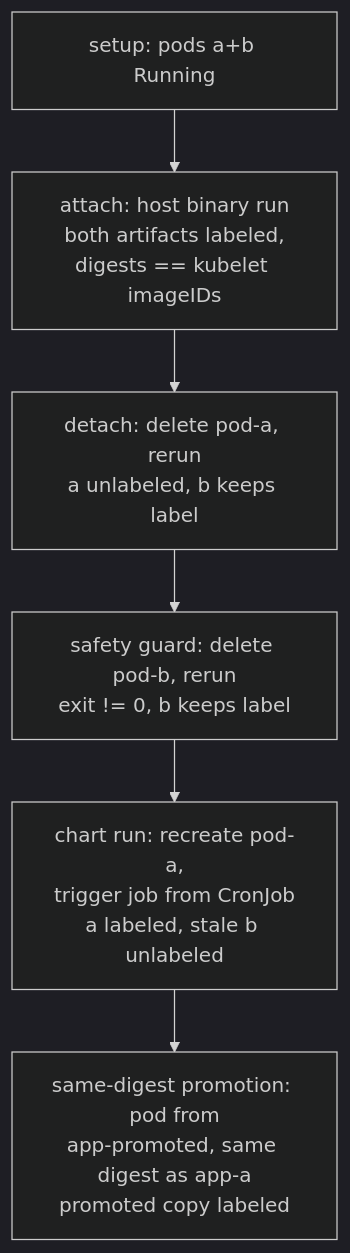
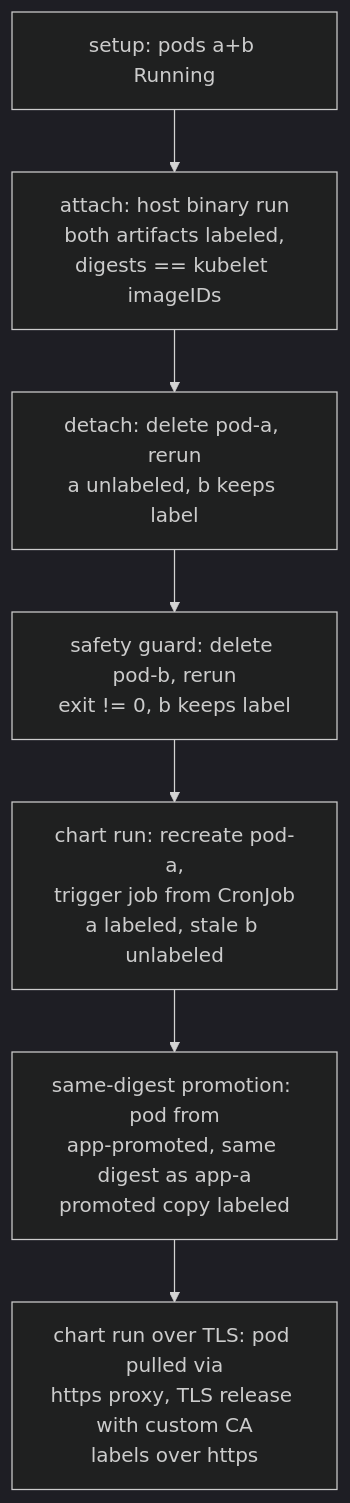
Before and after one commit to fosskar/harbor-labeler: the second of 2 diagrams in e2e/README.md, drawn with Mermaid (dark theme). The commit also changed other lines of this file and 4 other files, not shown here.

First line of the commit message:
e2e: cover TLS / custom CA path with in-cluster chart run

````diff
--- a/e2e/README.md
+++ b/e2e/README.md
@@ -57,8 +61,9 @@
 ```mermaid
 flowchart TD
   S[setup: pods a+b Running] --> A[attach: host binary run<br/>both artifacts labeled,<br/>digests == kubelet imageIDs]
   A --> D[detach: delete pod-a, rerun<br/>a unlabeled, b keeps label]
   D --> G[safety guard: delete pod-b, rerun<br/>exit != 0, b keeps label]
   G --> CH[chart run: recreate pod-a,<br/>trigger job from CronJob<br/>a labeled, stale b unlabeled]
   CH --> P[same-digest promotion: pod from<br/>app-promoted, same digest as app-a<br/>promoted copy labeled]
+  P --> TL[chart run over TLS: pod pulled via<br/>https proxy, TLS release with custom CA<br/>labels over https]
 ```
````
